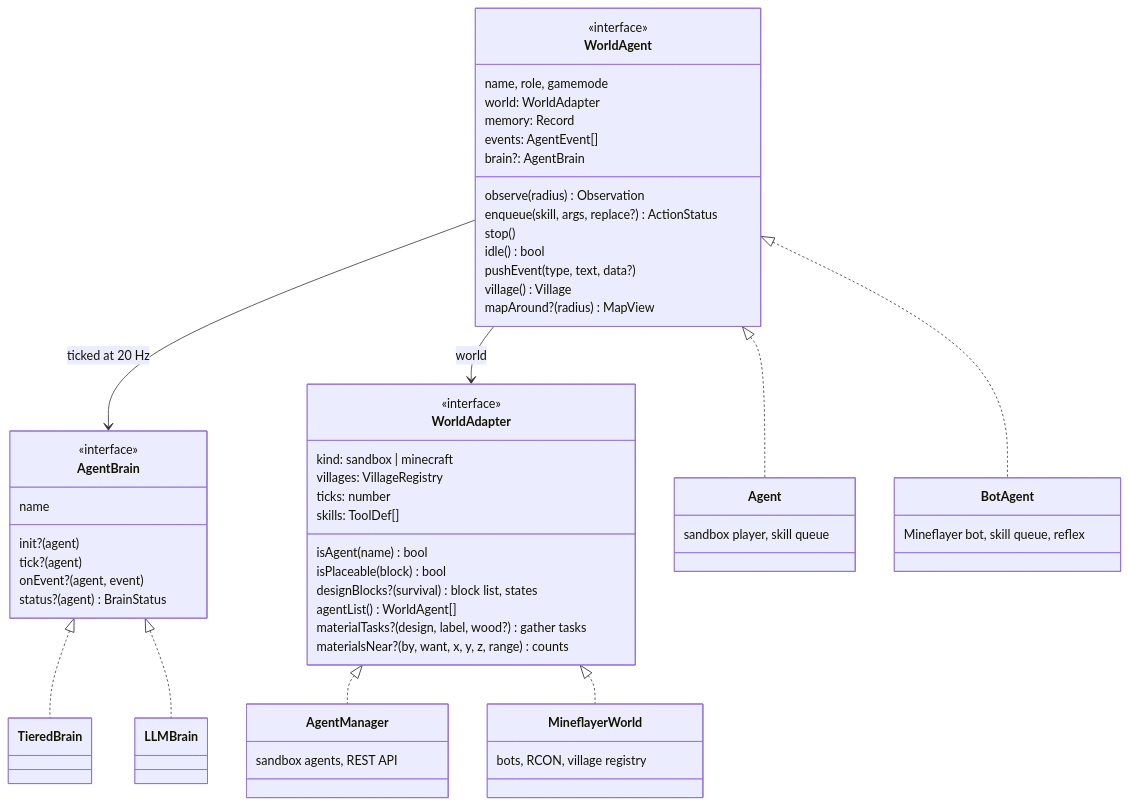
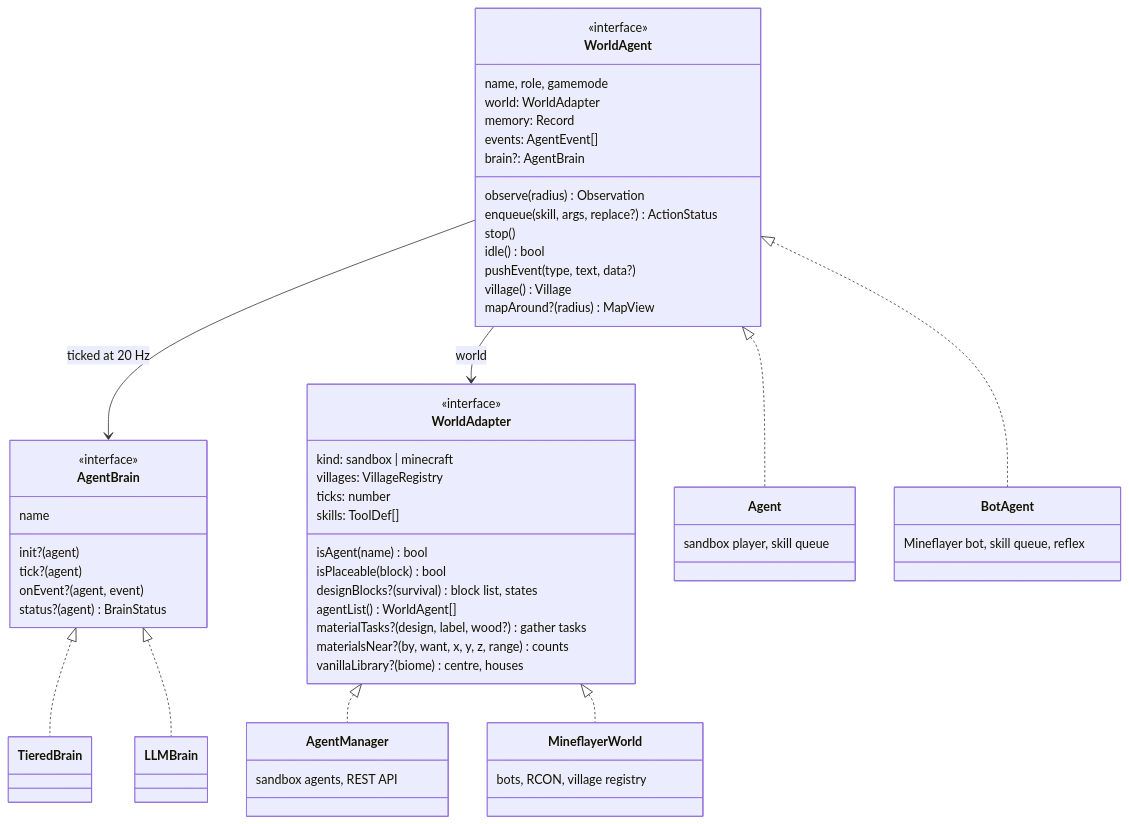
The second of 16 diagrams in docs/ARCHITECTURE.md (delphium226/MCAISandbox), drawn with Mermaid before and after one commit. The commit also changed other lines of this file and 3 other files, not shown here.

````diff
--- a/docs/ARCHITECTURE.md
+++ b/docs/ARCHITECTURE.md
@@ -81,61 +81,62 @@
 ```mermaid
 classDiagram
   class WorldAgent {
     <<interface>>
     name, role, gamemode
     world: WorldAdapter
     memory: Record
     events: AgentEvent[]
     brain?: AgentBrain
     observe(radius) Observation
     enqueue(skill, args, replace?) ActionStatus
     stop()
     idle() bool
     pushEvent(type, text, data?)
     village() Village
     mapAround?(radius) MapView
   }
   class WorldAdapter {
     <<interface>>
     kind: sandbox | minecraft
     villages: VillageRegistry
     ticks: number
     skills: ToolDef[]
     isAgent(name) bool
     isPlaceable(block) bool
     designBlocks?(survival) block list, states
     agentList() WorldAgent[]
     materialTasks?(design, label, wood?) gather tasks
     materialsNear?(by, want, x, y, z, range) counts
+    vanillaLibrary?(biome) centre, houses
   }
   class AgentBrain {
     <<interface>>
     name
     init?(agent)
     tick?(agent)
     onEvent?(agent, event)
     status?(agent) BrainStatus
   }
   class Agent {
     sandbox player, skill queue
   }
   class AgentManager {
     sandbox agents, REST API
   }
   class BotAgent {
     Mineflayer bot, skill queue, reflex
   }
   class MineflayerWorld {
     bots, RCON, village registry
   }
   class TieredBrain
   class LLMBrain
   WorldAgent <|.. Agent
   WorldAgent <|.. BotAgent
   WorldAdapter <|.. AgentManager
   WorldAdapter <|.. MineflayerWorld
   AgentBrain <|.. TieredBrain
   AgentBrain <|.. LLMBrain
   WorldAgent --> AgentBrain : ticked at 20 Hz
   WorldAgent --> WorldAdapter : world
 ```
````
